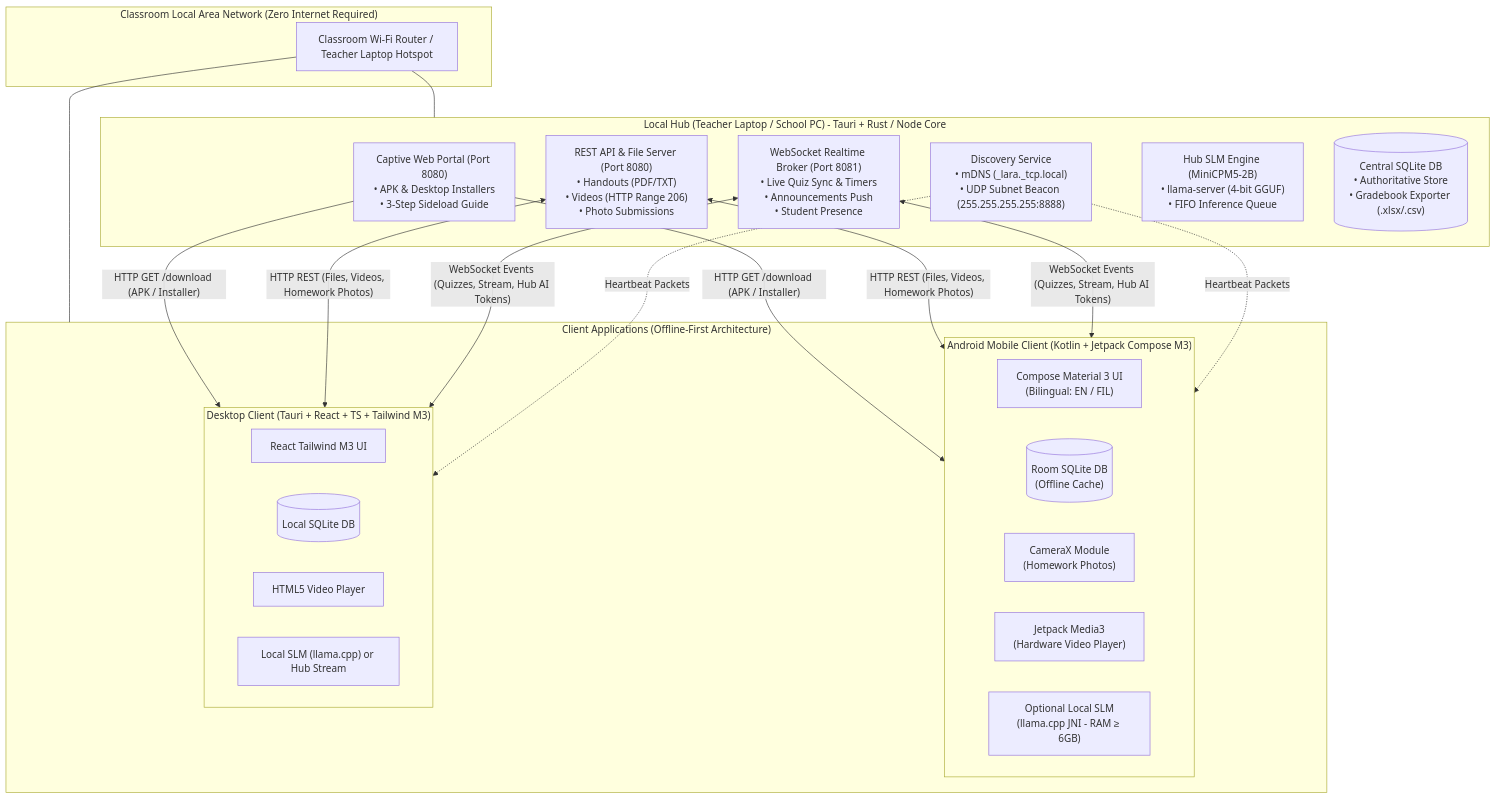
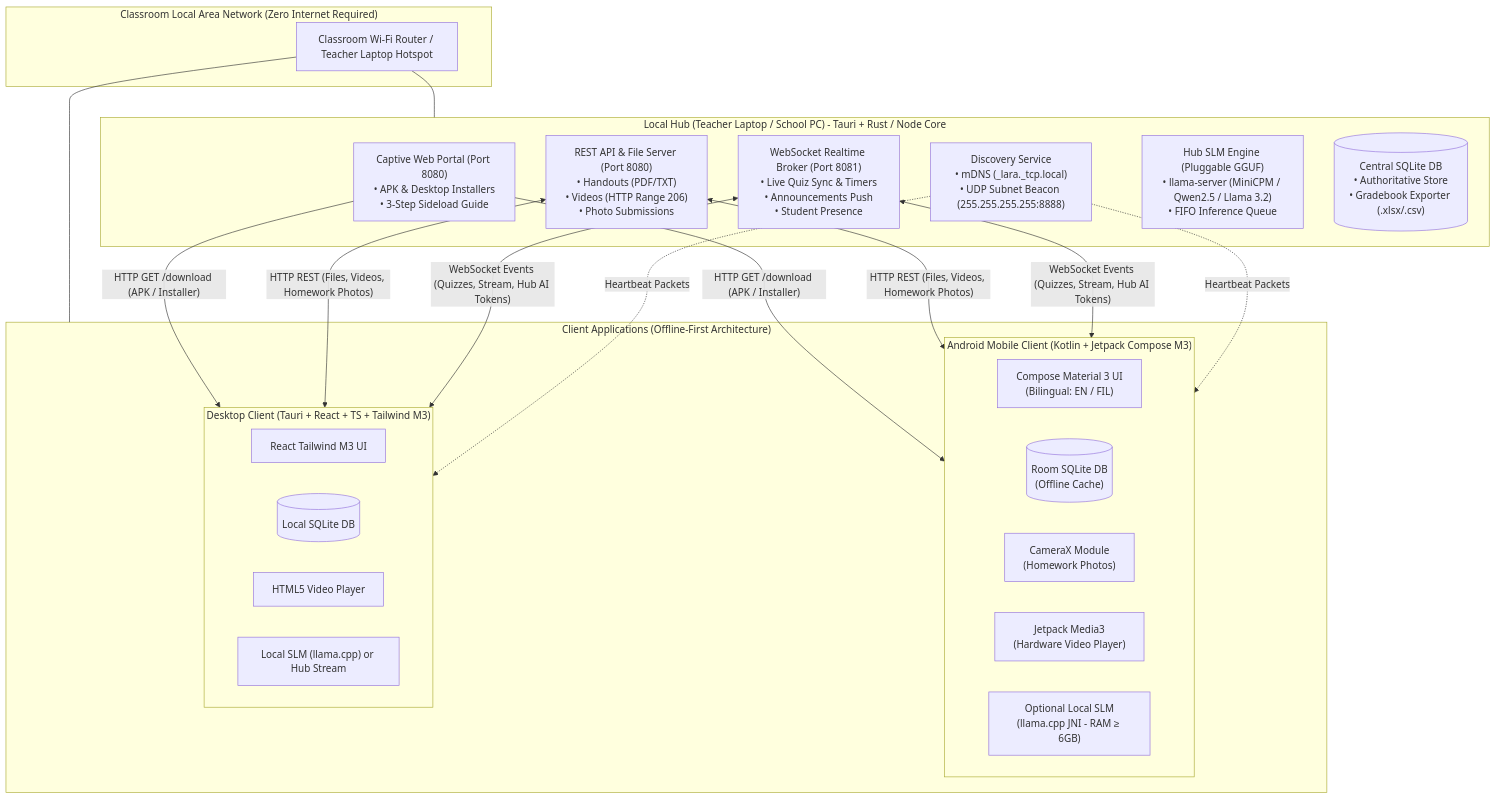
Before and after one commit to BootlegYouki/AraLokal: the first of 3 diagrams in README.md, drawn with Mermaid. The commit also changed other lines of this file and 7 other files, not shown here.

Commit message:
docs(ai): update AI specifications to pluggable GGUF runtime with candidate SLM evaluation matrix

````diff
--- a/README.md
+++ b/README.md
@@ -22,40 +24,40 @@
 ```mermaid
 flowchart TD
  subgraph RouterArea["Classroom Local Area Network (Zero Internet Required)"]
  Router["Classroom Wi-Fi Router / Teacher Laptop Hotspot"]
  end
 
  subgraph HubServer["Local Hub (Teacher Laptop / School PC) - Tauri + Rust / Node Core"]
  Captive["Captive Web Portal (Port 8080)<br/>• APK & Desktop Installers<br/>• 3-Step Sideload Guide"]
  RestEngine["REST API & File Server (Port 8080)<br/>• Handouts (PDF/TXT)<br/>• Videos (HTTP Range 206)<br/>• Photo Submissions"]
  WsBroker["WebSocket Realtime Broker (Port 8081)<br/>• Live Quiz Sync & Timers<br/>• Announcements Push<br/>• Student Presence"]
  Discovery["Discovery Service<br/>• mDNS (_lara._tcp.local)<br/>• UDP Subnet Beacon (255.255.255.255:8888)"]
- HubAI["Hub SLM Engine (MiniCPM5-2B)<br/>• llama-server (4-bit GGUF)<br/>• FIFO Inference Queue"]
+ HubAI["Hub SLM Engine (Pluggable GGUF)<br/>• llama-server (MiniCPM / Qwen2.5 / Llama 3.2)<br/>• FIFO Inference Queue"]
  CentralDB[("Central SQLite DB<br/>• Authoritative Store<br/>• Gradebook Exporter (.xlsx/.csv)")]
  end
 
  subgraph ClientApps["Client Applications (Offline-First Architecture)"]
  subgraph AndroidClient["Android Mobile Client (Kotlin + Jetpack Compose M3)"]
  DroidUI["Compose Material 3 UI<br/>(Bilingual: EN / FIL)"]
  DroidRoom[("Room SQLite DB<br/>(Offline Cache)")]
  DroidCam["CameraX Module<br/>(Homework Photos)"]
  DroidMedia["Jetpack Media3<br/>(Hardware Video Player)"]
  DroidAI["Optional Local SLM<br/>(llama.cpp JNI - RAM ≥ 6GB)"]
  end
 
  subgraph DesktopClient["Desktop Client (Tauri + React + TS + Tailwind M3)"]
  DeskUI["React Tailwind M3 UI"]
  DeskSQLite[("Local SQLite DB")]
  DeskVideo["HTML5 Video Player"]
  DeskAI["Local SLM (llama.cpp) or Hub Stream"]
  end
  end
 
  Router --- HubServer
  Router --- ClientApps
 
  Captive -->|"HTTP GET /download (APK / Installer)"| AndroidClient & DesktopClient
  RestEngine <-->|"HTTP REST (Files, Videos, Homework Photos)"| AndroidClient & DesktopClient
  WsBroker <-->|"WebSocket Events (Quizzes, Stream, Hub AI Tokens)"| AndroidClient & DesktopClient
  Discovery -.->|"Heartbeat Packets"| AndroidClient & DesktopClient
 ```
````
